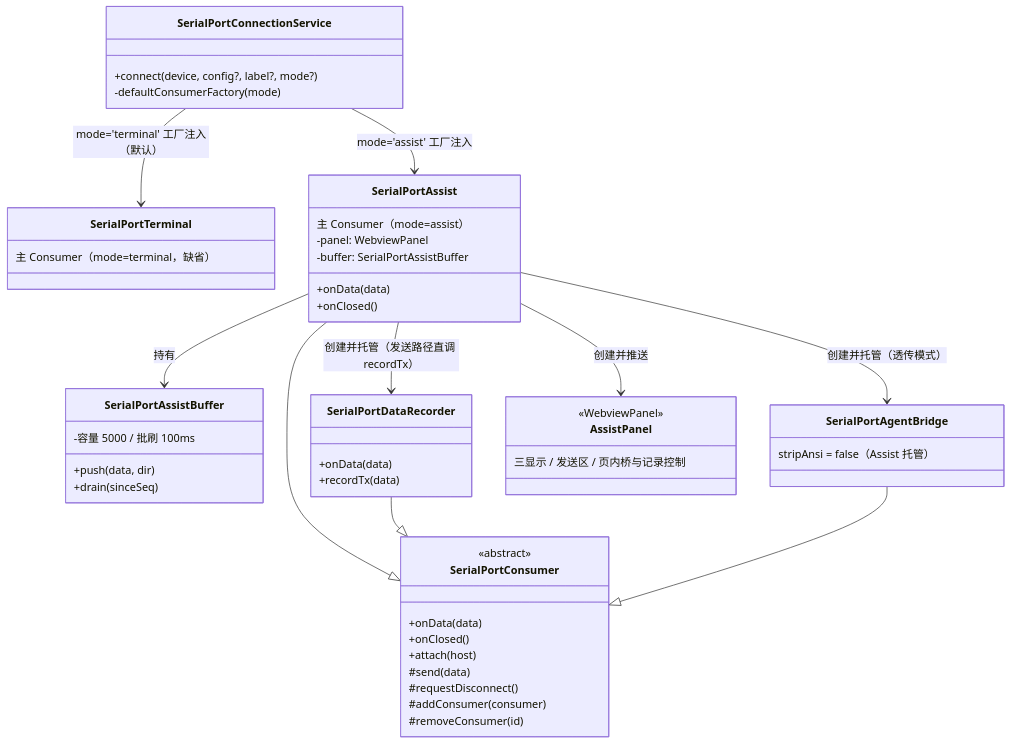
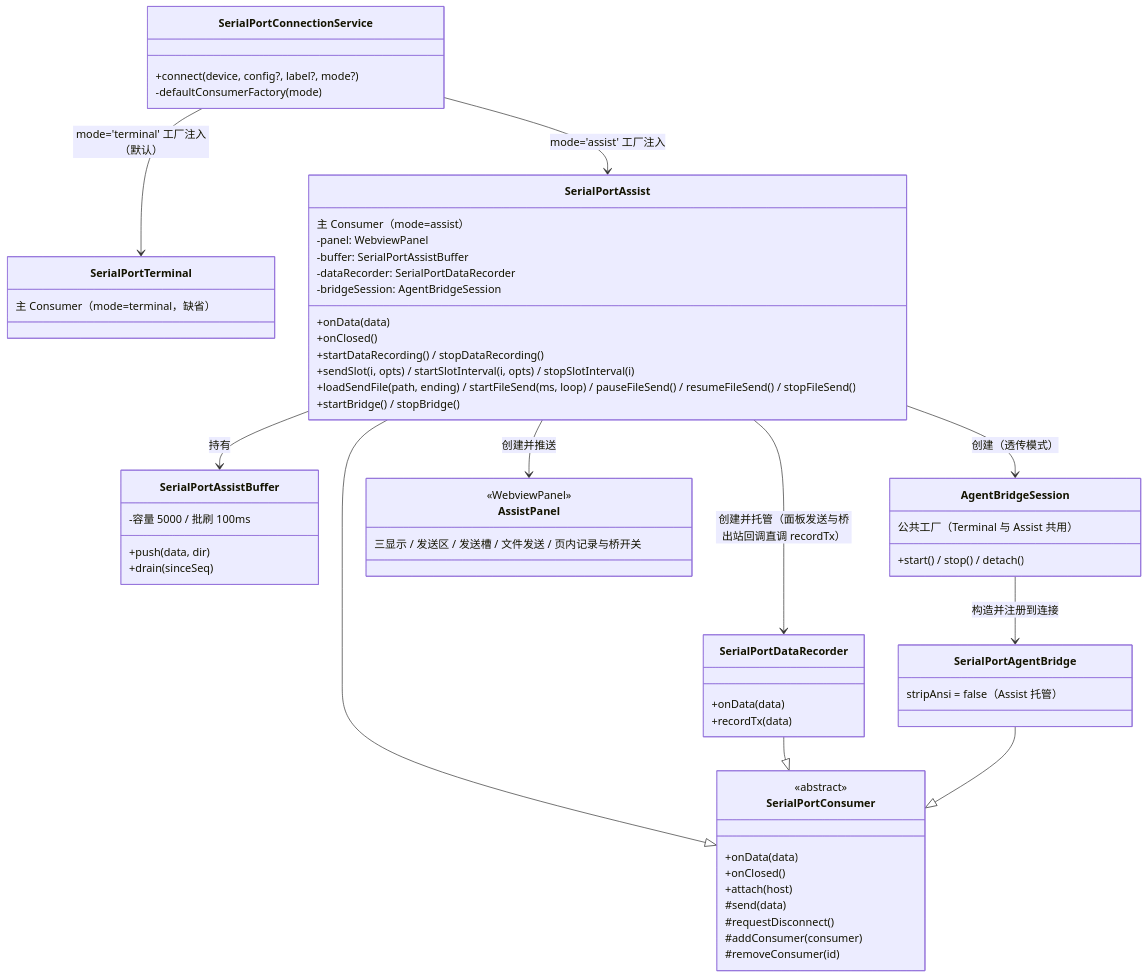
One commit to ziqiang-zhu/vscode-serial-port-terminal changed the diagram in doc/ConsumerDesign/SerialPortAssist设计.md. Above: the diagram before and after it, drawn with Mermaid. The commit also changed other lines of this file and 3 other files, not shown here.

First line of the commit message:
docs: finalize the SerialPortAssist design

````diff
--- a/doc/ConsumerDesign/SerialPortAssist设计.md
+++ b/doc/ConsumerDesign/SerialPortAssist设计.md
@@ -193,52 +217,63 @@
 ```mermaid
 classDiagram
     class SerialPortConsumer {
         <<abstract>>
         +onData(data)
         +onClosed()
         +attach(host)
         #send(data)
         #requestDisconnect()
         #addConsumer(consumer)
         #removeConsumer(id)
     }
     class SerialPortConnectionService {
         +connect(device, config?, label?, mode?)
         -defaultConsumerFactory(mode)
     }
     class SerialPortTerminal {
         主 Consumer（mode=terminal，缺省）
     }
     class SerialPortAssist {
         主 Consumer（mode=assist）
         +onData(data)
         +onClosed()
+        +startDataRecording() / stopDataRecording()
+        +sendSlot(i, opts) / startSlotInterval(i, opts) / stopSlotInterval(i)
+        +loadSendFile(path, ending) / startFileSend(ms, loop) / pauseFileSend() / resumeFileSend() / stopFileSend()
+        +startBridge() / stopBridge()
         -panel: WebviewPanel
         -buffer: SerialPortAssistBuffer
+        -dataRecorder: SerialPortDataRecorder
+        -bridgeSession: AgentBridgeSession
     }
     class SerialPortAssistBuffer {
         +push(data, dir)
         +drain(sinceSeq)
         -容量 5000 / 批刷 100ms
     }
     class SerialPortDataRecorder {
         +onData(data)
         +recordTx(data)
     }
     class SerialPortAgentBridge {
         stripAnsi = false（Assist 托管）
     }
+    class AgentBridgeSession {
+        公共工厂（Terminal 与 Assist 共用）
+        +start() / stop() / detach()
+    }
     class AssistPanel {
         <<WebviewPanel>>
-        三显示 / 发送区 / 页内桥与记录控制
+        三显示 / 发送区 / 发送槽 / 文件发送 / 页内记录与桥开关
     }
     SerialPortAssist --|> SerialPortConsumer
     SerialPortDataRecorder --|> SerialPortConsumer
     SerialPortAgentBridge --|> SerialPortConsumer
     SerialPortConnectionService --> SerialPortAssist : mode='assist' 工厂注入
     SerialPortConnectionService --> SerialPortTerminal : mode='terminal' 工厂注入（默认）
     SerialPortAssist --> SerialPortAssistBuffer : 持有
     SerialPortAssist --> AssistPanel : 创建并推送
-    SerialPortAssist --> SerialPortDataRecorder : 创建并托管（发送路径直调 recordTx）
-    SerialPortAssist --> SerialPortAgentBridge : 创建并托管（透传模式）
+    SerialPortAssist --> SerialPortDataRecorder : 创建并托管（面板发送与桥出站回调直调 recordTx）
+    SerialPortAssist --> AgentBridgeSession : 创建（透传模式）
+    AgentBridgeSession --> SerialPortAgentBridge : 构造并注册到连接
 ```
````
